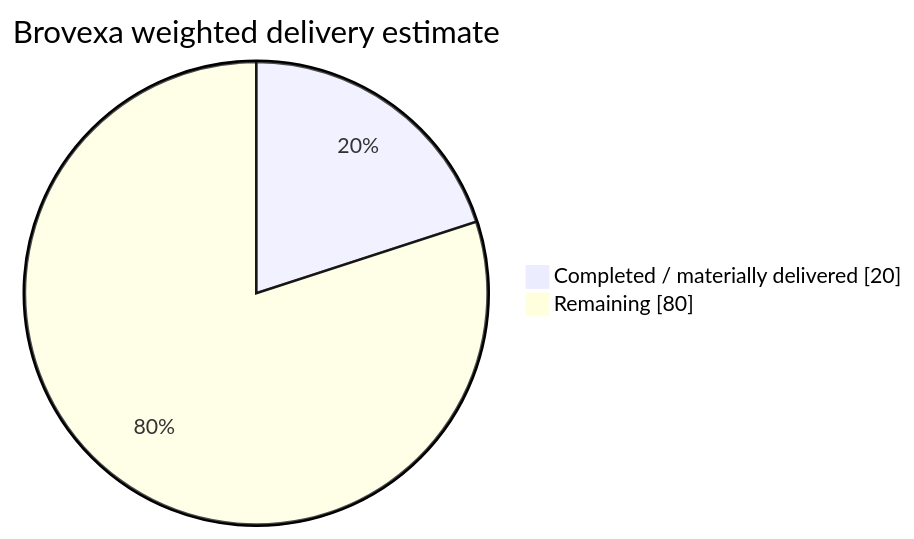
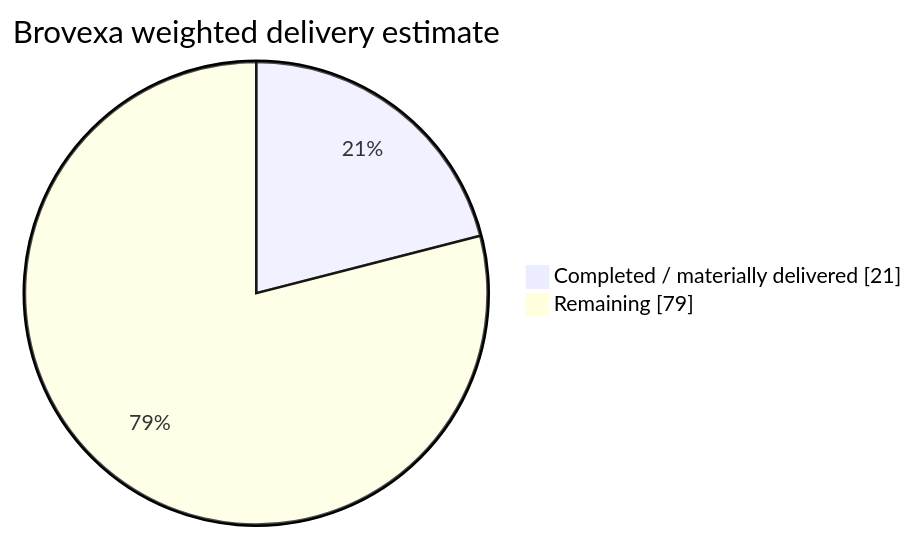
One commit to Vertex-Systems-Network/brovexa changed the diagram in README.md. Above: the diagram before and after it, drawn with Mermaid. The commit also changed other lines of this file, not shown here.

````diff
--- a/README.md
+++ b/README.md
@@ -17,6 +17,6 @@
 ```mermaid
 pie showData
     title Brovexa weighted delivery estimate
-    "Completed / materially delivered" : 20
-    "Remaining" : 80
+    "Completed / materially delivered" : 21
+    "Remaining" : 79
 ```
````
